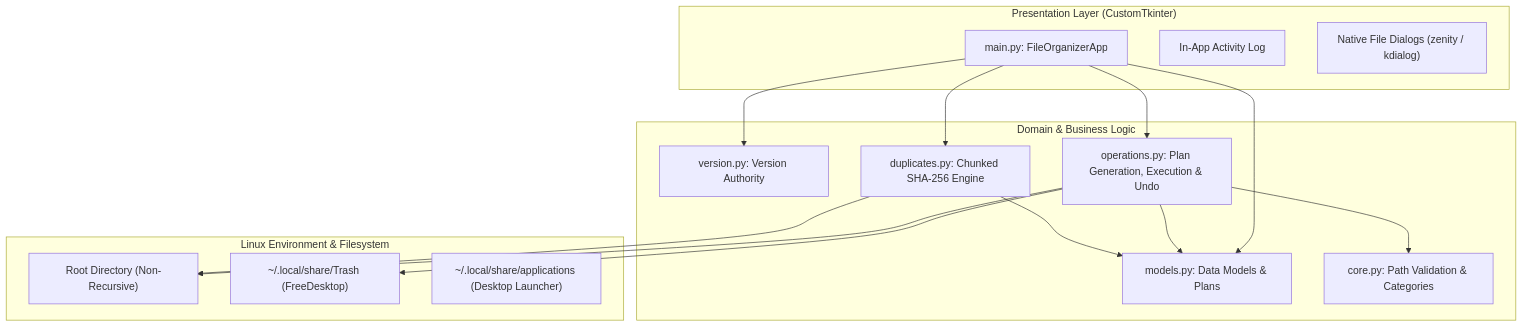
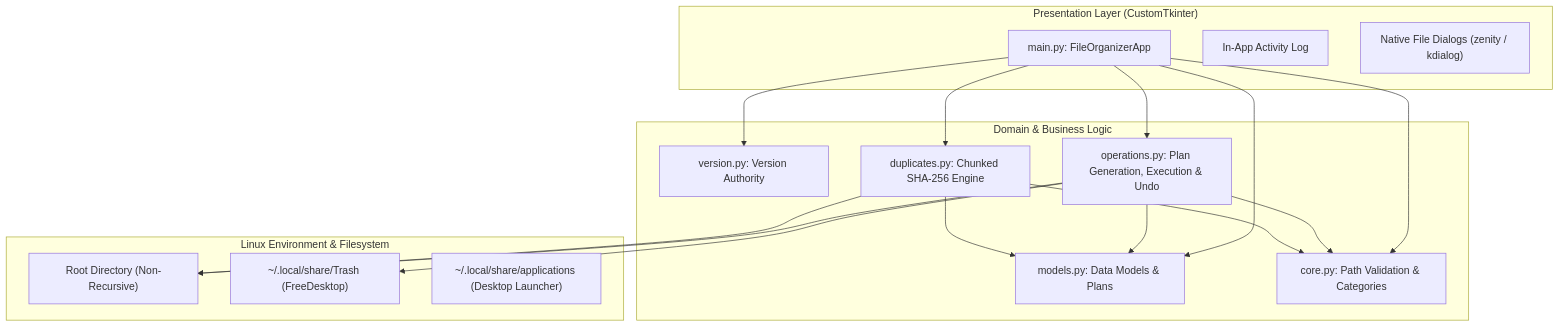
The diagram in README.md (teppe21/File-Suite), drawn with Mermaid before and after one commit. The commit also changed other lines of this file and 13 other files, not shown here.

````diff
--- a/README.md
+++ b/README.md
@@ -55,33 +55,35 @@
 ```mermaid
 graph TD
     subgraph Presentation ["Presentation Layer (CustomTkinter)"]
         UI["main.py: FileOrganizerApp"]
         LOG["In-App Activity Log"]
         DLG["Native File Dialogs (zenity / kdialog)"]
     end
 
     subgraph Domain ["Domain & Business Logic"]
         VER["version.py: Version Authority"]
         MOD["models.py: Data Models & Plans"]
         OPS["operations.py: Plan Generation, Execution & Undo"]
         DUP["duplicates.py: Chunked SHA-256 Engine"]
         CORE["core.py: Path Validation & Categories"]
     end
 
     subgraph Storage ["Linux Environment & Filesystem"]
         FS["Root Directory (Non-Recursive)"]
         TRASH["~/.local/share/Trash (FreeDesktop)"]
         XDG["~/.local/share/applications (Desktop Launcher)"]
     end
 
     UI --> OPS
     UI --> DUP
     UI --> MOD
     UI --> VER
+    UI --> CORE
     OPS --> MOD
     OPS --> CORE
     DUP --> MOD
+    DUP --> CORE
     OPS --> FS
     OPS --> TRASH
     DUP --> FS
 ```
````
